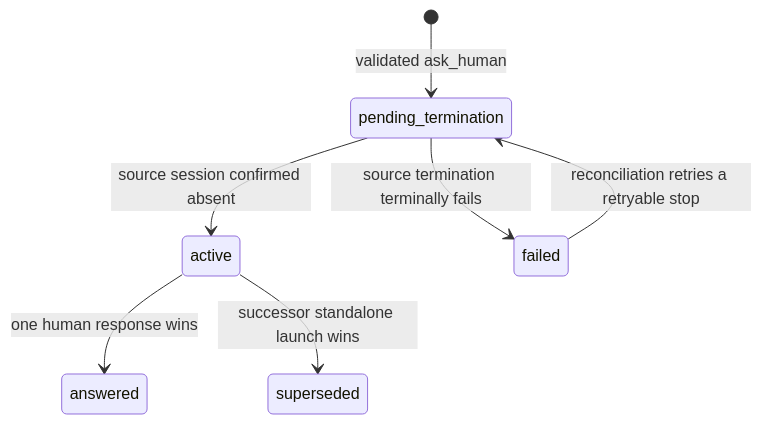
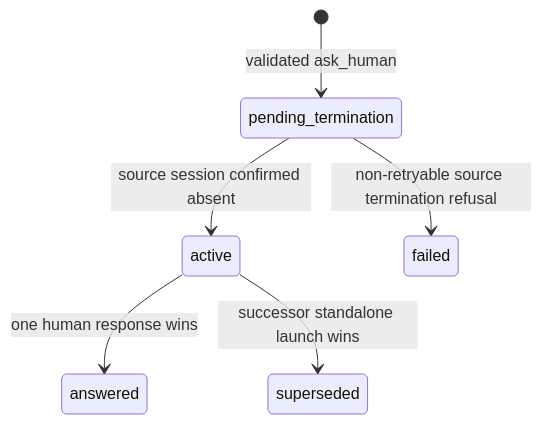
One commit to maister-dev/maister changed diagram 15 of 16 in docs/system-analytics/hitl.md. Above: the diagram before and after it, drawn with Mermaid. The commit also changed other lines of this file and 17 other files, not shown here.

````diff
--- a/docs/system-analytics/hitl.md
+++ b/docs/system-analytics/hitl.md
@@ -1063,9 +1063,8 @@
 ```mermaid
 stateDiagram-v2
     [*] --> pending_termination: validated ask_human
     pending_termination --> active: source session confirmed absent
-    pending_termination --> failed: source termination terminally fails
+    pending_termination --> failed: non-retryable source termination refusal
     active --> answered: one human response wins
     active --> superseded: successor standalone launch wins
-    failed --> pending_termination: reconciliation retries a retryable stop
 ```
````
